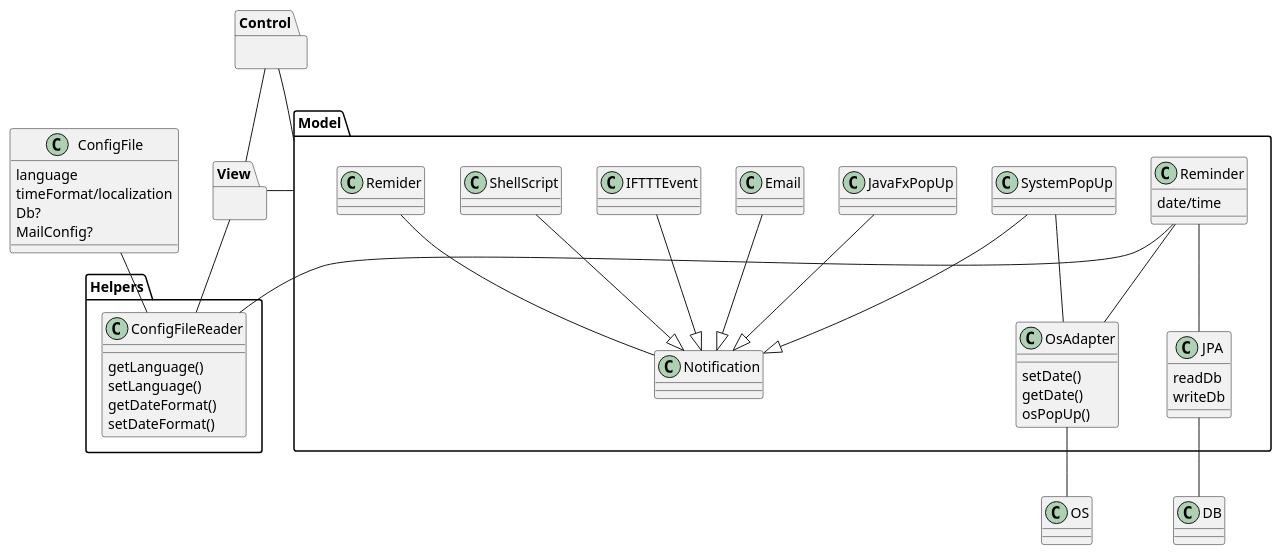
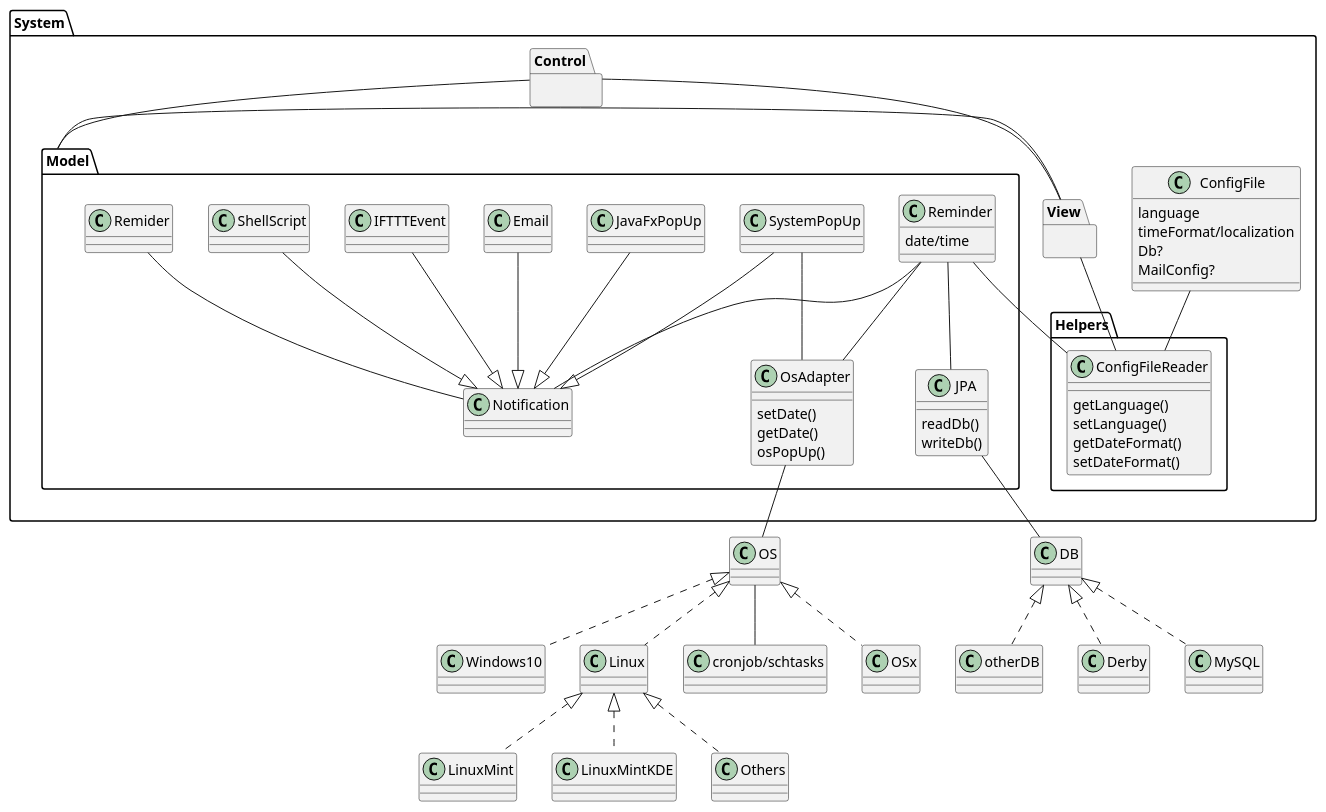
Before and after one commit to hyamsj/AlarmClock: the diagram in doc/uml/uebersicht.plantuml, drawn with PlantUML. The commit also changed 5 other files, not shown here.

```diff
--- a/doc/uml/uebersicht.plantuml
+++ b/doc/uml/uebersicht.plantuml
@@ -1,57 +1,75 @@
 @startuml
 class OS
+package "System" {
+
 package "View" {}
 package "Control" {}
 package "Helpers" {
 
 class ConfigFileReader{
 getLanguage()
 setLanguage()
 getDateFormat()
 setDateFormat()
 }
 
 }
 
 package "Model" {
 class OsAdapter{
 setDate()
 getDate()
 osPopUp()
 }
+
 OsAdapter -- OS
+
 
 class Reminder{
 date/time
 }
 class JPA{
-readDb
-writeDb
+readDb()
+writeDb()
 }
 Reminder --OsAdapter
 Reminder -- JPA
 
 Remider --Notification
 JavaFxPopUp--|>Notification
 SystemPopUp--|>Notification
 Email--|>Notification
 IFTTTEvent--|>Notification
 ShellScript--|>Notification
 
 SystemPopUp -- OsAdapter
 }
 View -- Model
 Model-- Control
 Control -- View
 
 class ConfigFile{
 language
 timeFormat/localization
 Db?
 MailConfig?
 }
 ConfigFile--ConfigFileReader
 View--ConfigFileReader
 Reminder--ConfigFileReader
+Reminder--Notification
+}
 JPA -- DB
+DB <|.. Derby
+DB <|.. MySQL
+DB <|.. otherDB
+
+
+OS--"cronjob/schtasks"
+OS<|.. OSx
+OS<|.. Windows10
+OS<|.. Linux
+Linux<|.. LinuxMint
+Linux<|.. LinuxMintKDE
+Linux<|.. Others
 @enduml
```
